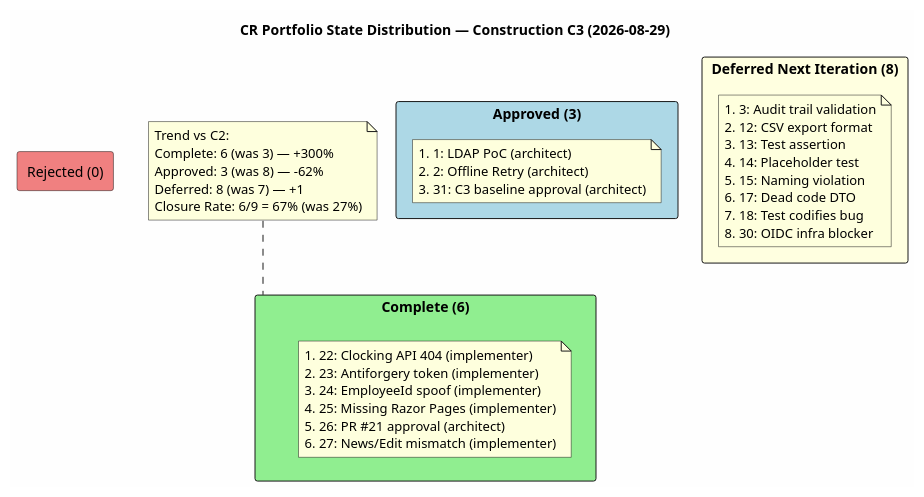
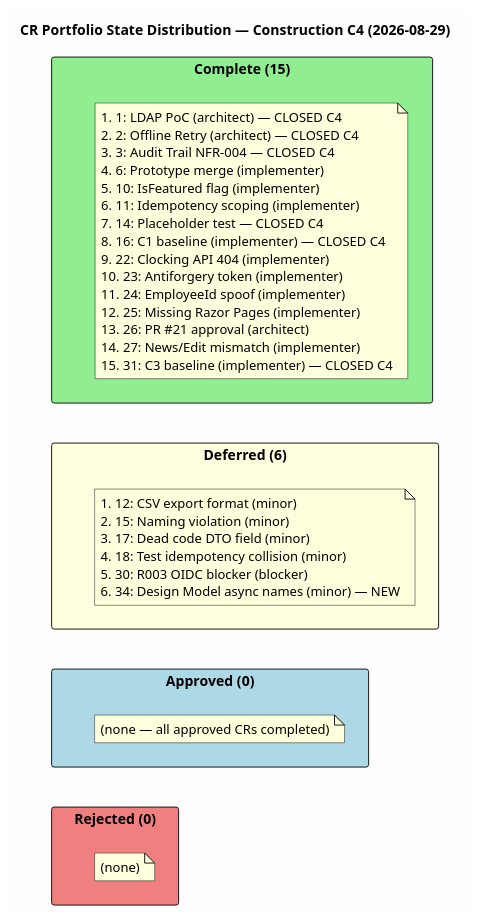
Before and after one commit to banense-test/portal-cuba-corp: the first of 2 diagrams in docs/artifacts/configuration---change-management/change-request.md, drawn with PlantUML. The commit also changed other lines of this file, not shown here.

````diff
--- a/docs/artifacts/configuration---change-management/change-request.md
+++ b/docs/artifacts/configuration---change-management/change-request.md
@@ -35,33 +39,29 @@
 ```plantuml
-@startuml CR_Portfolio_State_Distribution_C3
-title CR Portfolio State Distribution — Construction C3 (2026-08-29)
+@startuml CR_Portfolio_State_Distribution_C4
+title CR Portfolio State Distribution — Construction C4 (2026-08-29)
 
 skinparam backgroundColor #FEFEFE
 skinparam shadowing false
 
-rectangle "Complete (6)" as complete #LightGreen {
-  note "#22: Clocking API 404 (implementer)\n#23: Antiforgery token (implementer)\n#24: EmployeeId spoof (implementer)\n#25: Missing Razor Pages (implementer)\n#26: PR #21 approval (architect)\n#27: News/Edit mismatch (implementer)" as complete_note
+rectangle "Complete (15)" as complete #LightGreen {
+  note "#1: LDAP PoC (architect) — CLOSED C4\n#2: Offline Retry (architect) — CLOSED C4\n#3: Audit Trail NFR-004 — CLOSED C4\n#6: Prototype merge (implementer)\n#10: IsFeatured flag (implementer)\n#11: Idempotency scoping (implementer)\n#14: Placeholder test — CLOSED C4\n#16: C1 baseline (implementer) — CLOSED C4\n#22: Clocking API 404 (implementer)\n#23: Antiforgery token (implementer)\n#24: EmployeeId spoof (implementer)\n#25: Missing Razor Pages (implementer)\n#26: PR #21 approval (architect)\n#27: News/Edit mismatch (implementer)\n#31: C3 baseline (implementer) — CLOSED C4" as complete_note
 }
 
-rectangle "Approved (3)" as approved #LightBlue {
-  note "#1: LDAP PoC (architect)\n#2: Offline Retry (architect)\n#31: C3 baseline approval (architect)" as approved_note
+rectangle "Deferred (6)" as deferred #LightYellow {
+  note "#12: CSV export format (minor)\n#15: Naming violation (minor)\n#17: Dead code DTO field (minor)\n#18: Test idempotency collision (minor)\n#30: R003 OIDC blocker (blocker)\n#34: Design Model async names (minor) — NEW" as deferred_note
 }
 
-rectangle "Deferred Next Iteration (8)" as deferred #LightYellow {
-  note "#3: Audit trail validation\n#12: CSV export format\n#13: Test assertion\n#14: Placeholder test\n#15: Naming violation\n#17: Dead code DTO\n#18: Test codifies bug\n#30: OIDC infra blocker" as deferred_note
+rectangle "Approved (0)" as approved #LightBlue {
+  note "(none — all approved CRs completed)" as approved_note
 }
 
-rectangle "Rejected (0)" as rejected #LightCoral
+rectangle "Rejected (0)" as rejected #LightCoral {
+  note "(none)" as rejected_note
+}
 
-note as trend
-  Trend vs C2:
-  Complete: 6 (was 3) — +300%
-  Approved: 3 (was 8) — -62%
-  Deferred: 8 (was 7) — +1
-  Closure Rate: 6/9 = 67% (was 27%)
-end note
-
-trend .. complete
+complete -[hidden]-> deferred
+deferred -[hidden]-> approved
+approved -[hidden]-> rejected
 
 @enduml
 ```
````
